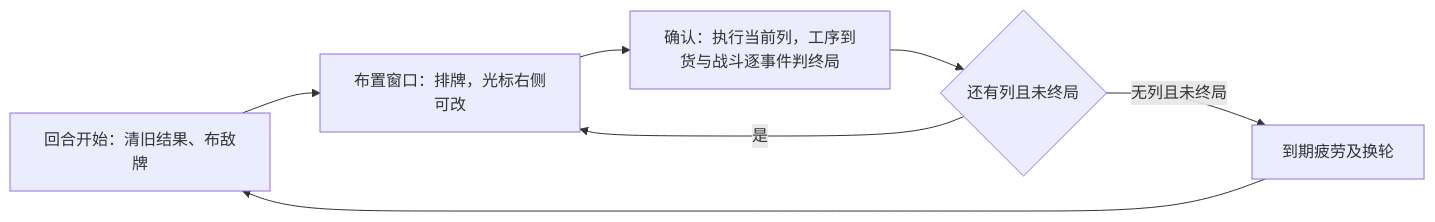
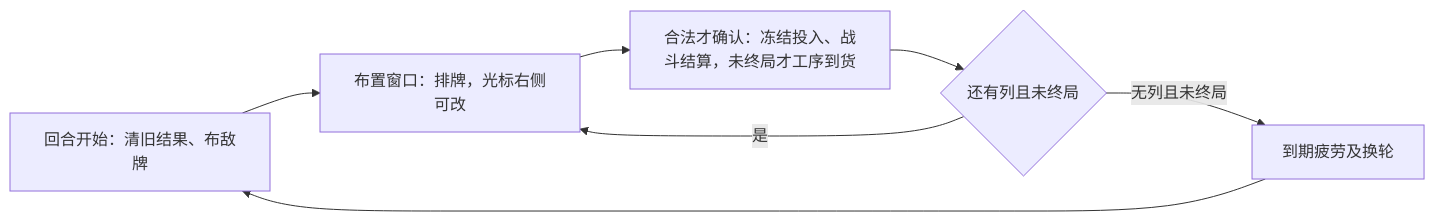
One commit to dsaj4/game_design changed the diagram in yanzhou/design/GDD.md. Above: the diagram before and after it, drawn with Mermaid. The commit also changed other lines of this file and 26 other files, not shown here.

```diff
--- a/yanzhou/design/GDD.md
+++ b/yanzhou/design/GDD.md
@@ -19,9 +19,9 @@
 ~~~mermaid
 flowchart LR
   A[回合开始：清旧结果、布敌牌] --> B[布置窗口：排牌，光标右侧可改]
-  B --> C[确认：执行当前列，工序到货与战斗逐事件判终局]
+  B --> C[合法才确认：冻结投入、战斗结算，未终局才工序到货]
   C --> D{还有列且未终局}
   D -->|是| B
   D -->|无列且未终局| E[到期疲劳及换轮]
   E --> A
 ~~~
```
